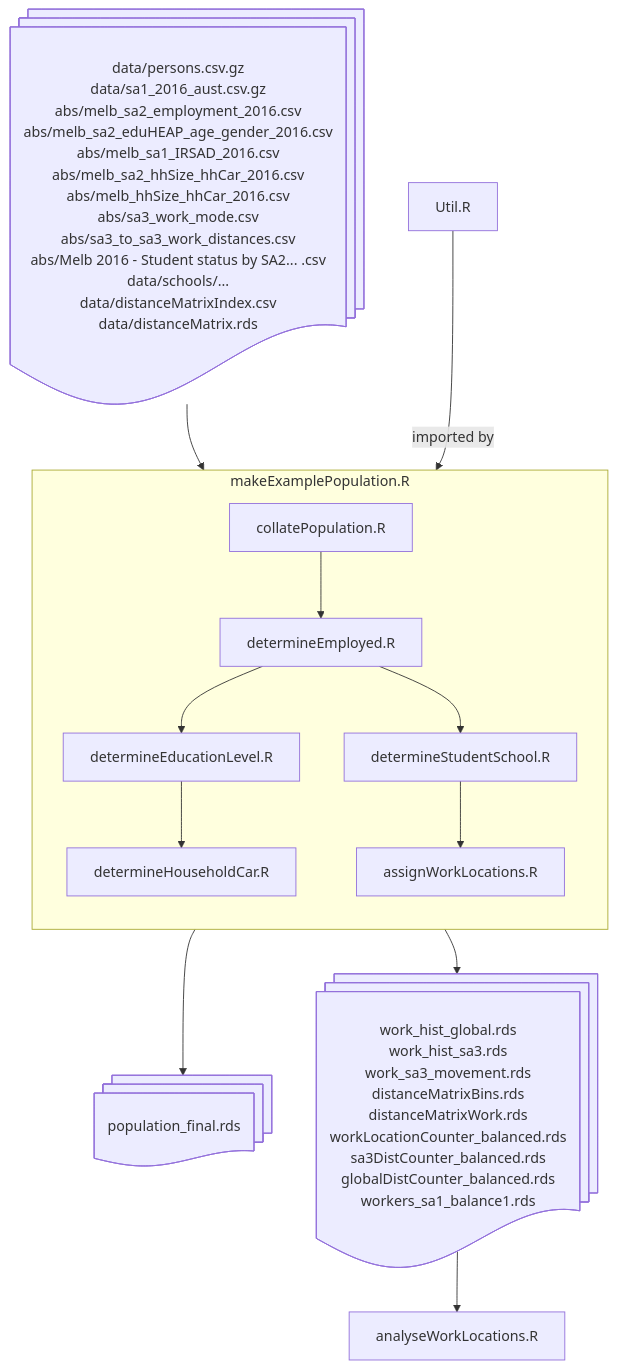
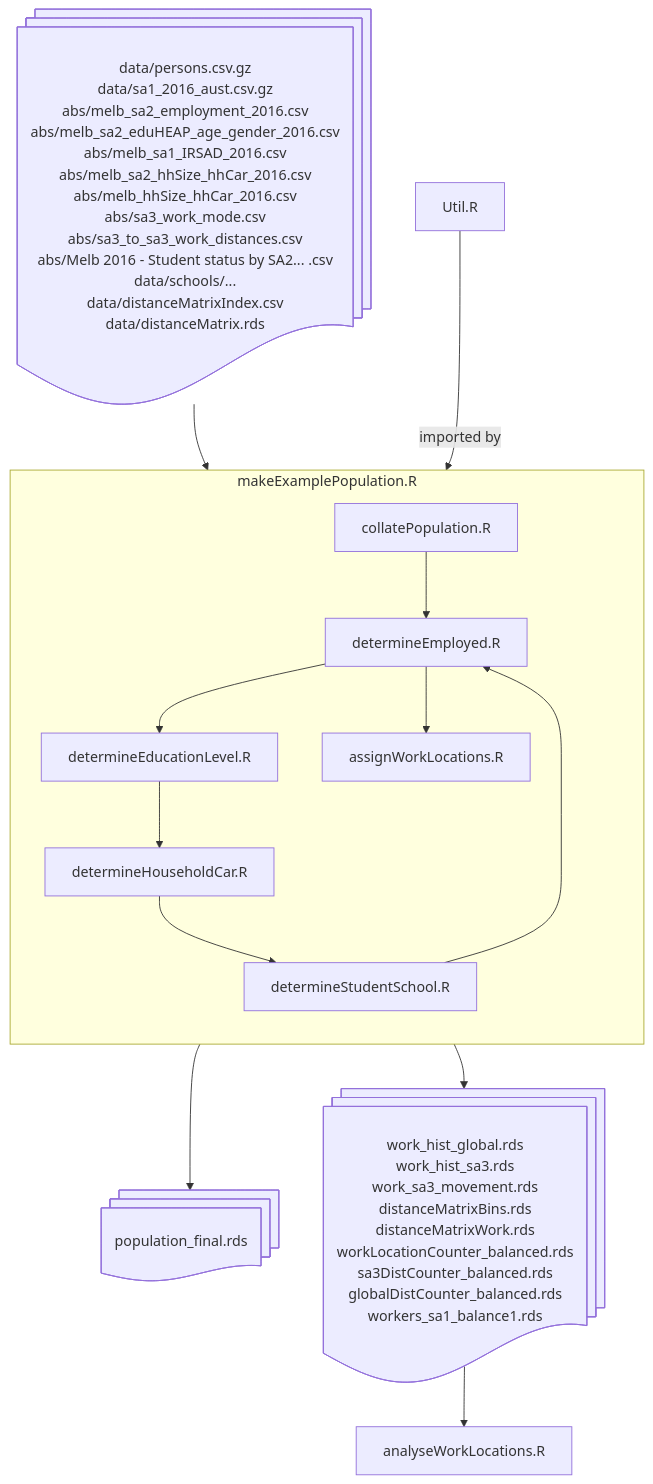
One commit to jibeproject/syntheticPopulationMelbourne changed the diagram in README.md. Above: the diagram before and after it, drawn with Mermaid.

Commit message:
updated readme describing #5

````diff
--- a/README.md
+++ b/README.md
@@ -4,20 +4,20 @@
 ```mermaid
 flowchart TD
     subgraph makeExamplePopulation.R
         direction TB 
         collatePopulation.R -->
         determineEmployed.R -->
         determineEducationLevel.R -->
-        determineHouseholdCar.R
+        determineHouseholdCar.R -->
+        determineStudentSchool.R -->
         determineEmployed.R -->
-        determineStudentSchool.R -->
         assignWorkLocations.R
     end
     input@{ shape: docs, label: "data/persons.csv.gz\ndata/sa1_2016_aust.csv.gz\nabs/melb_sa2_employment_2016.csv\nabs/melb_sa2_eduHEAP_age_gender_2016.csv\nabs/melb_sa1_IRSAD_2016.csv\nabs/melb_sa2_hhSize_hhCar_2016.csv\nabs/melb_hhSize_hhCar_2016.csv\nabs/sa3_work_mode.csv\nabs/sa3_to_sa3_work_distances.csv\nabs/Melb 2016 - Student status by SA2... .csv\ndata/schools/...\ndata/distanceMatrixIndex.csv\ndata/distanceMatrix.rds"}--> makeExamplePopulation.R
     Util.R--imported by-->makeExamplePopulation.R
     makeExamplePopulation.R -->
     population@{ shape: docs, label: "population_final.rds"}
     makeExamplePopulation.R -->
     workData@{ shape: docs, label: "work_hist_global.rds\nwork_hist_sa3.rds\nwork_sa3_movement.rds\ndistanceMatrixBins.rds\ndistanceMatrixWork.rds\nworkLocationCounter_balanced.rds\nsa3DistCounter_balanced.rds\nglobalDistCounter_balanced.rds\nworkers_sa1_balance1.rds"} -->
     analyseWorkLocations.R
 ```
````
